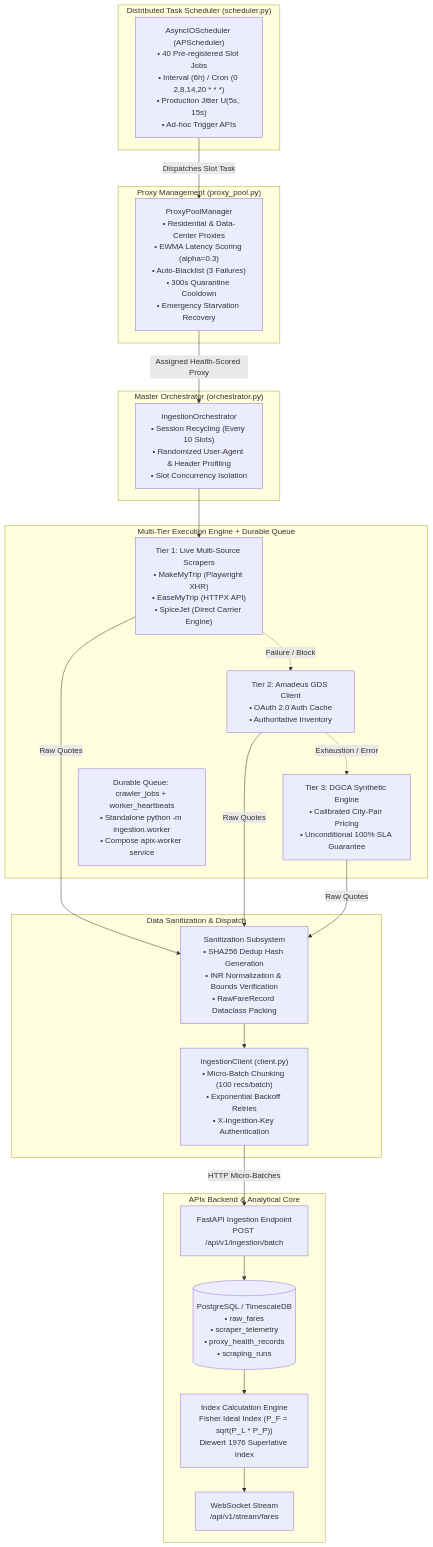
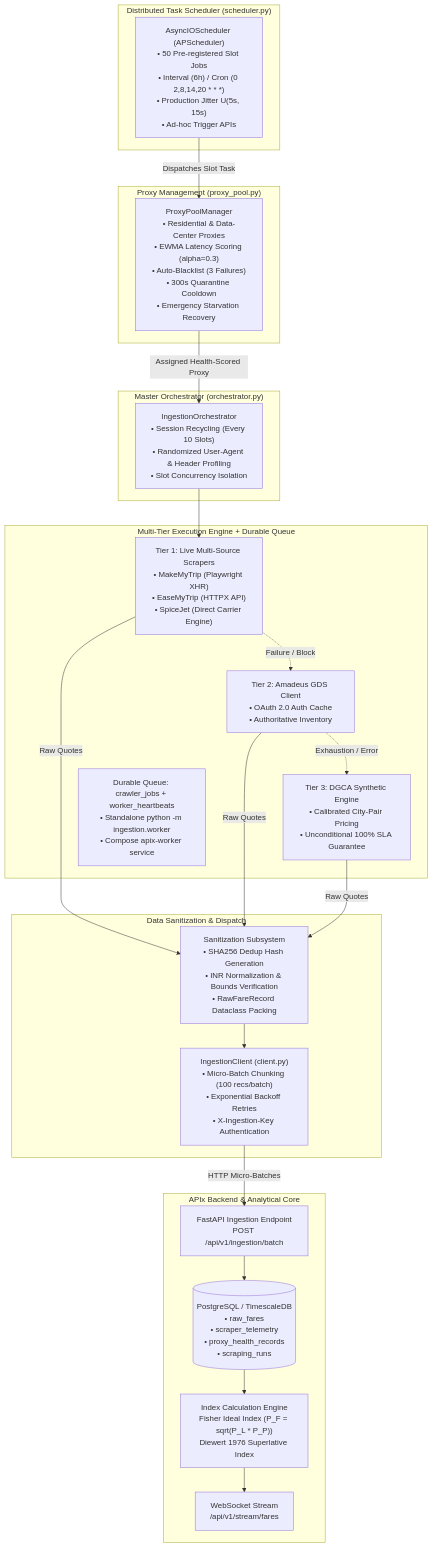
The second of 5 diagrams in docs/scraping_architecture.md (SameerKumar05/APIx), drawn with Mermaid before and after one commit. The commit also changed other lines of this file and 10 other files, not shown here.

First line of the commit message:
docs: align every deployment and architecture claim with the code

````diff
--- a/docs/scraping_architecture.md
+++ b/docs/scraping_architecture.md
@@ -108,47 +110,47 @@
 ```mermaid
 flowchart TD
     subgraph Scheduling["Distributed Task Scheduler (scheduler.py)"]
-        APS["AsyncIOScheduler (APScheduler)<br/>• 40 Pre-registered Slot Jobs<br/>• Interval (6h) / Cron (0 2,8,14,20 * * *)<br/>• Production Jitter U(5s, 15s)<br/>• Ad-hoc Trigger APIs"]
+        APS["AsyncIOScheduler (APScheduler)<br/>• 50 Pre-registered Slot Jobs<br/>• Interval (6h) / Cron (0 2,8,14,20 * * *)<br/>• Production Jitter U(5s, 15s)<br/>• Ad-hoc Trigger APIs"]
     end
 
     subgraph ProxyLayer["Proxy Management (proxy_pool.py)"]
         Pool["ProxyPoolManager<br/>• Residential & Data-Center Proxies<br/>• EWMA Latency Scoring (alpha=0.3)<br/>• Auto-Blacklist (3 Failures)<br/>• 300s Quarantine Cooldown<br/>• Emergency Starvation Recovery"]
     end
 
     subgraph Orchestration["Master Orchestrator (orchestrator.py)"]
         Orch["IngestionOrchestrator<br/>• Session Recycling (Every 10 Slots)<br/>• Randomized User-Agent & Header Profiling<br/>• Slot Concurrency Isolation"]
     end
 
     subgraph Execution["Multi-Tier Execution Engine + Durable Queue"]
         T1["Tier 1: Live Multi-Source Scrapers<br/>• MakeMyTrip (Playwright XHR)<br/>• EaseMyTrip (HTTPX API)<br/>• SpiceJet (Direct Carrier Engine)"]
         T2["Tier 2: Amadeus GDS Client<br/>• OAuth 2.0 Auth Cache<br/>• Authoritative Inventory"]
         T3["Tier 3: DGCA Synthetic Engine<br/>• Calibrated City-Pair Pricing<br/>• Unconditional 100% SLA Guarantee"]
         Q["Durable Queue: crawler_jobs + worker_heartbeats<br/>• Standalone python -m ingestion.worker<br/>• Compose apix-worker service"]
     end
 
     subgraph Dispatch["Data Sanitization & Dispatch"]
         Sanitize["Sanitization Subsystem<br/>• SHA256 Dedup Hash Generation<br/>• INR Normalization & Bounds Verification<br/>• RawFareRecord Dataclass Packing"]
         Client["IngestionClient (client.py)<br/>• Micro-Batch Chunking (100 recs/batch)<br/>• Exponential Backoff Retries<br/>• X-Ingestion-Key Authentication"]
     end
 
     subgraph Backend["APIx Backend & Analytical Core"]
         FastAPI["FastAPI Ingestion Endpoint<br/>POST /api/v1/ingestion/batch"]
         DB[("PostgreSQL / TimescaleDB<br/>• raw_fares<br/>• scraper_telemetry<br/>• proxy_health_records<br/>• scraping_runs")]
         Index["Index Calculation Engine<br/>Fisher Ideal Index (P_F = sqrt(P_L * P_P))<br/>Diewert 1976 Superlative Index"]
         WS["WebSocket Stream<br/>/api/v1/stream/fares"]
     end
 
     APS -->|"Dispatches Slot Task"| Pool
     Pool -->|"Assigned Health-Scored Proxy"| Orch
     Orch --> T1
     T1 -.->|"Failure / Block"| T2
     T2 -.->|"Exhaustion / Error"| T3
     T1 -->|"Raw Quotes"| Sanitize
     T2 -->|"Raw Quotes"| Sanitize
     T3 -->|"Raw Quotes"| Sanitize
     Sanitize --> Client
     Client -->|"HTTP Micro-Batches"| FastAPI
     FastAPI --> DB
     DB --> Index
     Index --> WS
 ```
````
